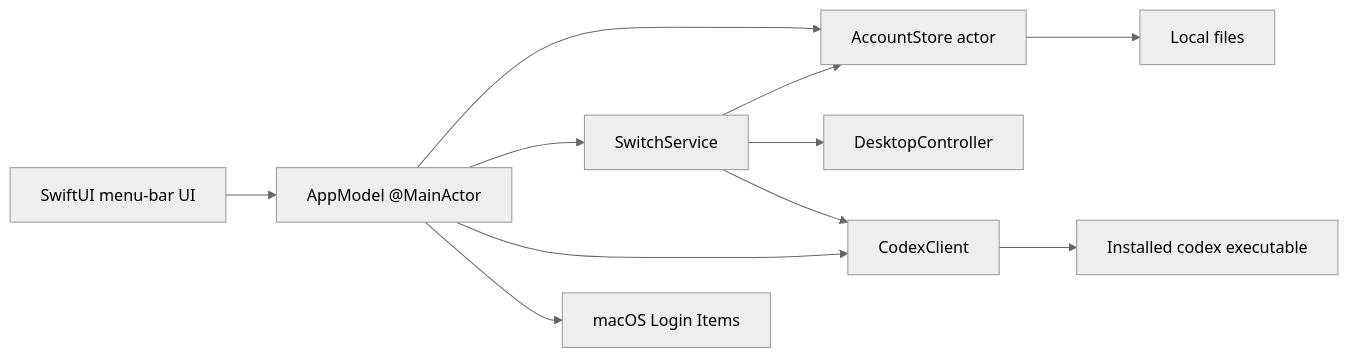
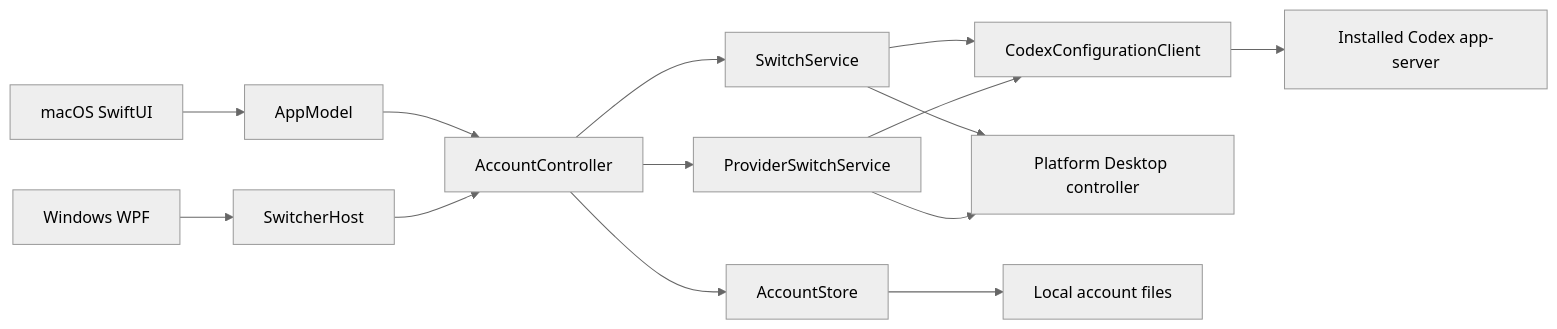
One commit to liuzhao1225/codex-account-switcher changed the first of 3 diagrams in docs/system-design.md. Above: the diagram before and after it, drawn with Mermaid (neutral theme). The commit also changed other lines of this file and 44 other files, not shown here.

````diff
--- a/docs/system-design.md
+++ b/docs/system-design.md
@@ -67,22 +73,16 @@
 ```mermaid
 flowchart LR
-    UI[SwiftUI menu-bar UI]
-    VM[AppModel @MainActor]
-    Store[AccountStore actor]
-    Switch[SwitchService]
-    Codex[CodexClient]
-    Desktop[DesktopController]
-    Login[macOS Login Items]
-    FS[Local files]
-
-    UI --> VM
-    VM --> Store
-    VM --> Switch
-    VM --> Codex
-    VM --> Login
-    Switch --> Store
-    Switch --> Desktop
-    Switch --> Codex
-    Store --> FS
-    Codex --> CLI[Installed codex executable]
+    Mac[macOS SwiftUI] --> VM[AppModel]
+    VM --> Core[AccountController]
+    Windows[Windows WPF] --> Host[SwitcherHost]
+    Host --> Core
+    Core --> Accounts[SwitchService]
+    Core --> Providers[ProviderSwitchService]
+    Core --> Store[AccountStore]
+    Accounts --> Config[CodexConfigurationClient]
+    Providers --> Config
+    Config --> CLI[Installed Codex app-server]
+    Accounts --> Desktop[Platform Desktop controller]
+    Providers --> Desktop
+    Store --> Files[Local account files]
 ```
````
